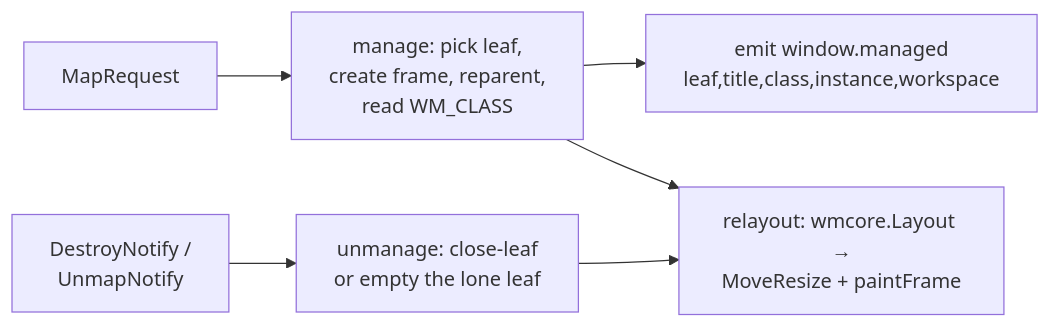
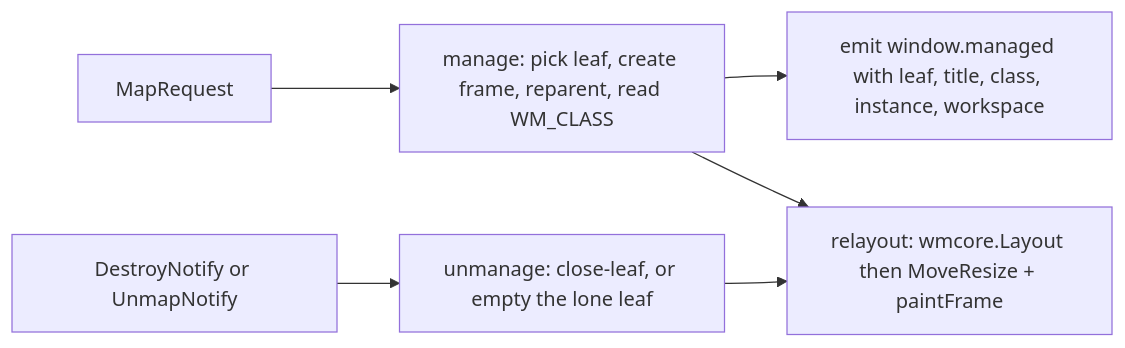
The second of 3 diagrams in ttmp/2026/07/19/GGWM-004-THEMES-I3--themes-paper-light-dark-and-an-i3-derived-js-config/design-doc/02-go-go-wm-from-scratch-an-intern-s-guide-to-the-system.md (go-go-golems/go-go-wm), drawn with Mermaid before and after one commit. The commit also changed other lines of this file, not shown here.

Commit message:
GGWM-004: mermaid syntax fixes in intern guide for PDF rendering

````diff
--- a/ttmp/2026/07/19/GGWM-004-THEMES-I3--themes-paper-light-dark-and-an-i3-derived-js-config/design-doc/02-go-go-wm-from-scratch-an-intern-s-guide-to-the-system.md
+++ b/ttmp/2026/07/19/GGWM-004-THEMES-I3--themes-paper-light-dark-and-an-i3-derived-js-config/design-doc/02-go-go-wm-from-scratch-an-intern-s-guide-to-the-system.md
@@ -352,8 +352,8 @@
 ```mermaid
 flowchart LR
-    MR[MapRequest] --> M[manage: pick leaf,\ncreate frame, reparent,\nread WM_CLASS]
-    M --> E[emit window.managed\nleaf,title,class,instance,workspace]
-    M --> R[relayout: wmcore.Layout →\nMoveResize + paintFrame]
-    D[DestroyNotify /\nUnmapNotify] --> U[unmanage: close-leaf\nor empty the lone leaf]
+    MR[MapRequest] --> M[manage: pick leaf, create frame, reparent, read WM_CLASS]
+    M --> E[emit window.managed with leaf, title, class, instance, workspace]
+    M --> R[relayout: wmcore.Layout then MoveResize + paintFrame]
+    D[DestroyNotify or UnmapNotify] --> U[unmanage: close-leaf, or empty the lone leaf]
     U --> R
 ```
````
